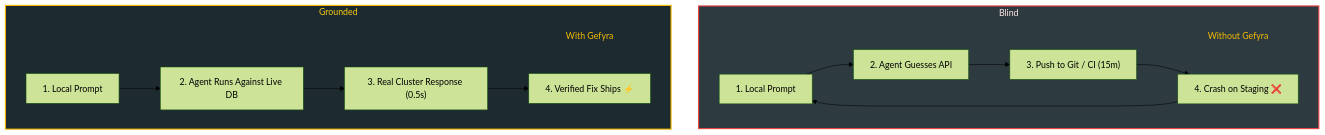
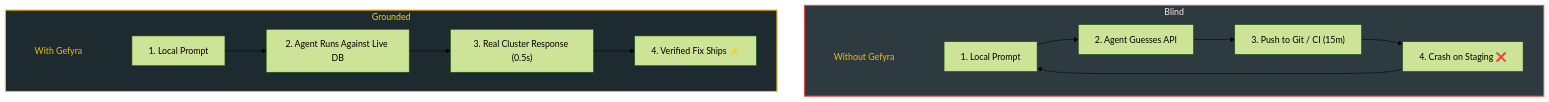
One commit to gefyrahq/gefyra changed the diagram in gefyra-docs/content/en/2.ai-agents/2.agent-workflows.md. Above: the diagram before and after it, drawn with Mermaid (forest theme). The commit also changed other lines of this file and 33 other files, not shown here.

````diff
--- a/gefyra-docs/content/en/2.ai-agents/2.agent-workflows.md
+++ b/gefyra-docs/content/en/2.ai-agents/2.agent-workflows.md
@@ -25,26 +25,26 @@
 ```mermaid
 flowchart TD
     subgraph Blind
         direction LR
-        BlindTitle[["Without Gefyra"]]
-        P1["1. Local Prompt"] --> P2["2. Agent Guesses API"]
+        BlindTitle[["Without Gefyra"]] ~~~ P1["1. Local Prompt"]
+        P1 --> P2["2. Agent Guesses API"]
         P2 --> P3["3. Push to Git / CI (15m)"]
         P3 --> P4["4. Crash on Staging ❌"]
         P4 --> P1
     end
 
     subgraph Grounded
         direction LR
-        GroundedTitle[["With Gefyra"]]
-        G1["1. Local Prompt"] --> G2["2. Agent Runs Against Live DB"]
+        GroundedTitle[["With Gefyra"]] ~~~ G1["1. Local Prompt"]
+        G1 --> G2["2. Agent Runs Against Live DB"]
         G2 --> G3["3. Real Cluster Response (0.5s)"]
         G3 --> G4["4. Verified Fix Ships ⚡"]
     end
 
     classDef groupTitle fill:transparent,stroke:none,color:#f6bc00;
     classDef blind fill:#2d3b41,stroke:#ef4444,stroke-width:2px,color:#fee2e2;
     classDef grounded fill:#1d2a2f,stroke:#f6bc00,stroke-width:2px,color:#facc15;
     class BlindTitle,GroundedTitle groupTitle;
     class Blind blind;
     class Grounded grounded;
 ```
````
